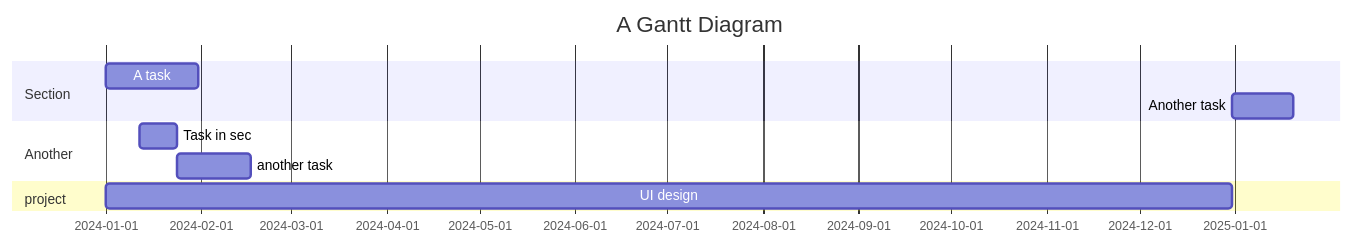
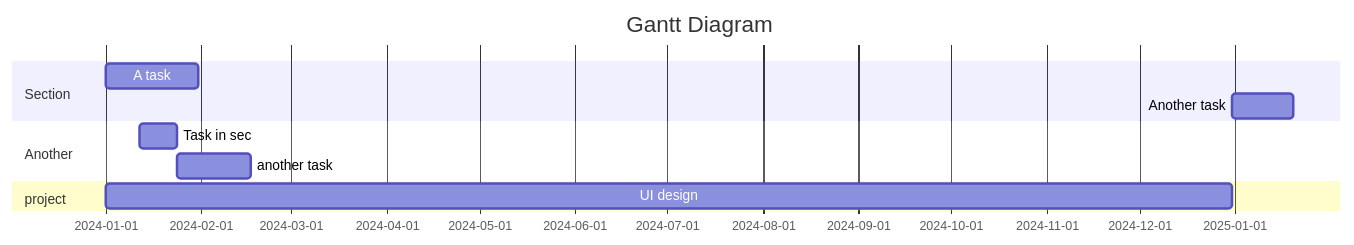
The diagram in all/Code Gantt Chart.md (z9wen/iodraw-files), drawn with Mermaid before and after one commit.

Commit message:
2024-03-29 10:58:25 update

````diff
--- a/all/Code Gantt Chart.md
+++ b/all/Code Gantt Chart.md
@@ -1,13 +1,13 @@
 ```mermaid
 gantt
-    title A Gantt Diagram
+    title Gantt Diagram
     dateFormat  YYYY-MM-DD
     section Section
     A task           :a1, 2024-01-01, 30d
     Another task     :after a1  , 20d
     section Another
     Task in sec      :2024-01-12  , 12d
     another task      : 24d
     section project
-    UI design         :a1, 2024-01-01, 365d
+    UI design        :a1, 2024-01-01, 365d
 ```
````
